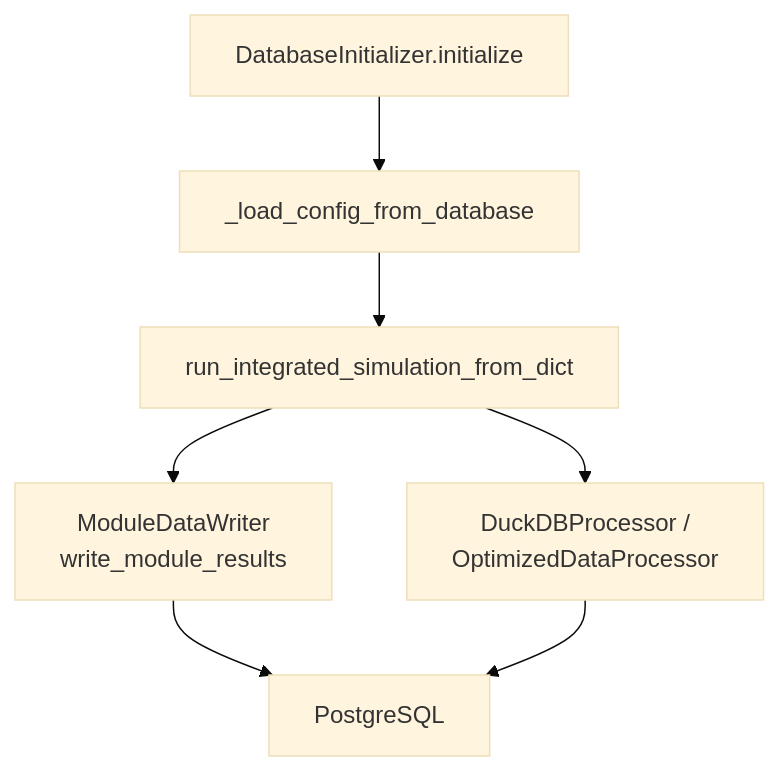
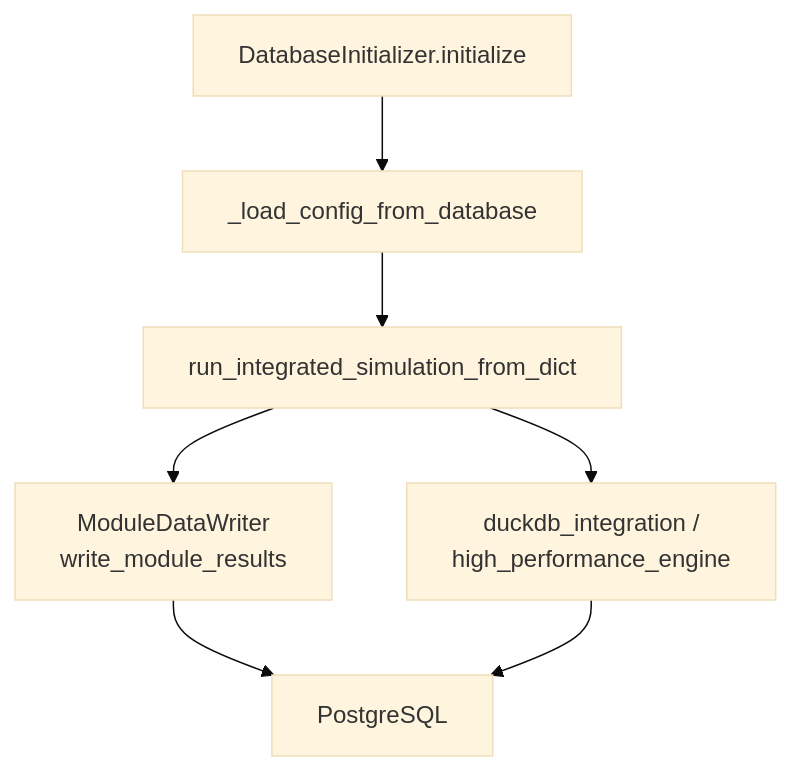
The second of 2 diagrams in docs/handover/refactored/02-api/api.md (senzhang-ps/chainsight), drawn with Mermaid (base theme) before and after one commit. The commit also changed other lines of this file and 15 other files, not shown here.

````diff
--- a/docs/handover/refactored/02-api/api.md
+++ b/docs/handover/refactored/02-api/api.md
@@ -747,9 +747,9 @@
 ```mermaid
 flowchart TB
     A["DatabaseInitializer.initialize"] --> B["_load_config_from_database"]
     B --> C["run_integrated_simulation_from_dict"]
     C --> D["ModuleDataWriter\nwrite_module_results"]
-    C --> E["DuckDBProcessor /\nOptimizedDataProcessor"]
+    C --> E["duckdb_integration /\nhigh_performance_engine"]
     D --> PG["PostgreSQL"]
     E --> PG
 ```
````
